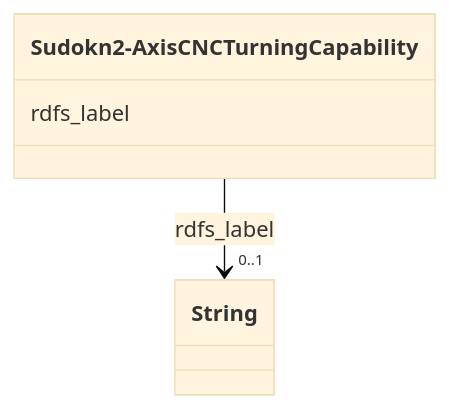
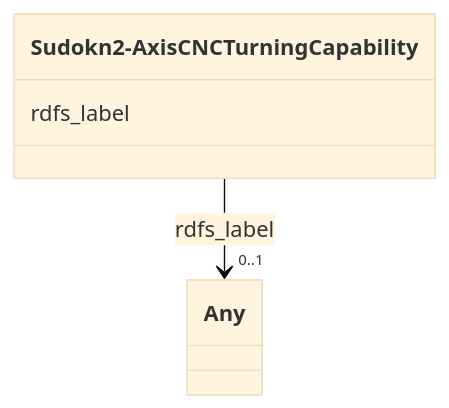
One commit to frink-okn/graph-descriptions changed the diagram in sudokn-kg/classes/Sudokn2-AxisCNCTurningCapability.md. Above: the diagram before and after it, drawn with Mermaid (base theme). The commit also changed other lines of this file and 903 other files, not shown here.

````diff
--- a/sudokn-kg/classes/Sudokn2-AxisCNCTurningCapability.md
+++ b/sudokn-kg/classes/Sudokn2-AxisCNCTurningCapability.md
@@ -23,15 +18,15 @@
 ```mermaid
  classDiagram
     class Sudokn2-AxisCNCTurningCapability
     click Sudokn2-AxisCNCTurningCapability href "../Sudokn2-AxisCNCTurningCapability"
       Sudokn2-AxisCNCTurningCapability : rdfs_label
         
           
     
     
-    Sudokn2-AxisCNCTurningCapability --> "0..1" String : rdfs_label
-    click String href "../String"
+    Sudokn2-AxisCNCTurningCapability --> "0..1" Any : rdfs_label
+    click Any href "../Any"
 
         
       
 ```
````
